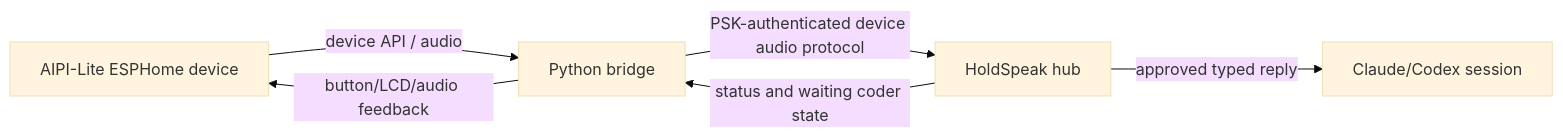
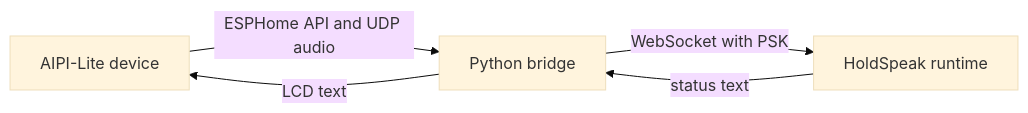
One commit to karolswdev/HoldSpeak changed the diagram in docs/AIPI_LITE.md. Above: the diagram before and after it, drawn with Mermaid (base theme). The commit also changed other lines of this file and 66 other files, not shown here.

````diff
--- a/docs/AIPI_LITE.md
+++ b/docs/AIPI_LITE.md
@@ -9,8 +9,7 @@
 ```mermaid
 graph LR
-    Device[AIPI-Lite ESPHome device] -->|device API / audio| Bridge[Python bridge]
-    Bridge -->|PSK-authenticated device audio protocol| Hub[HoldSpeak hub]
-    Hub -->|status and waiting coder state| Bridge
-    Bridge -->|button/LCD/audio feedback| Device
-    Hub -->|approved typed reply| Coder[Claude/Codex session]
+    Device[AIPI-Lite device] -->|ESPHome API and UDP audio| Bridge[Python bridge]
+    Bridge -->|WebSocket with PSK| Hub[HoldSpeak runtime]
+    Hub -->|status text| Bridge
+    Bridge -->|LCD text| Device
 ```
````
